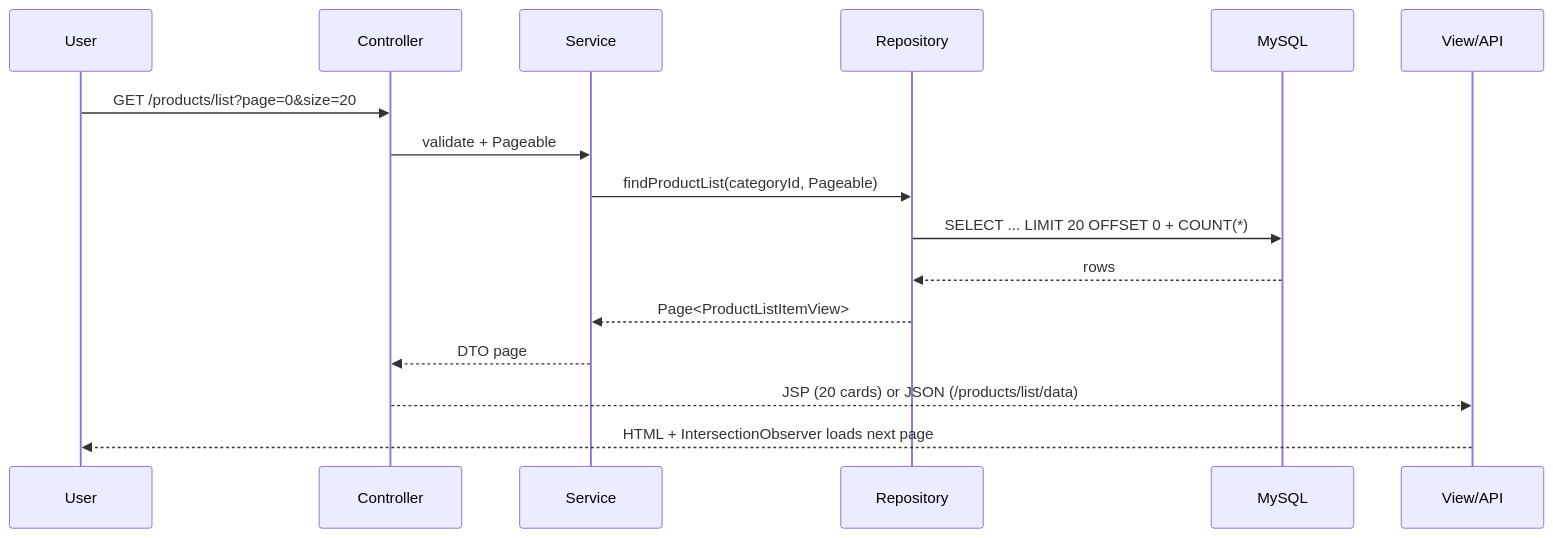
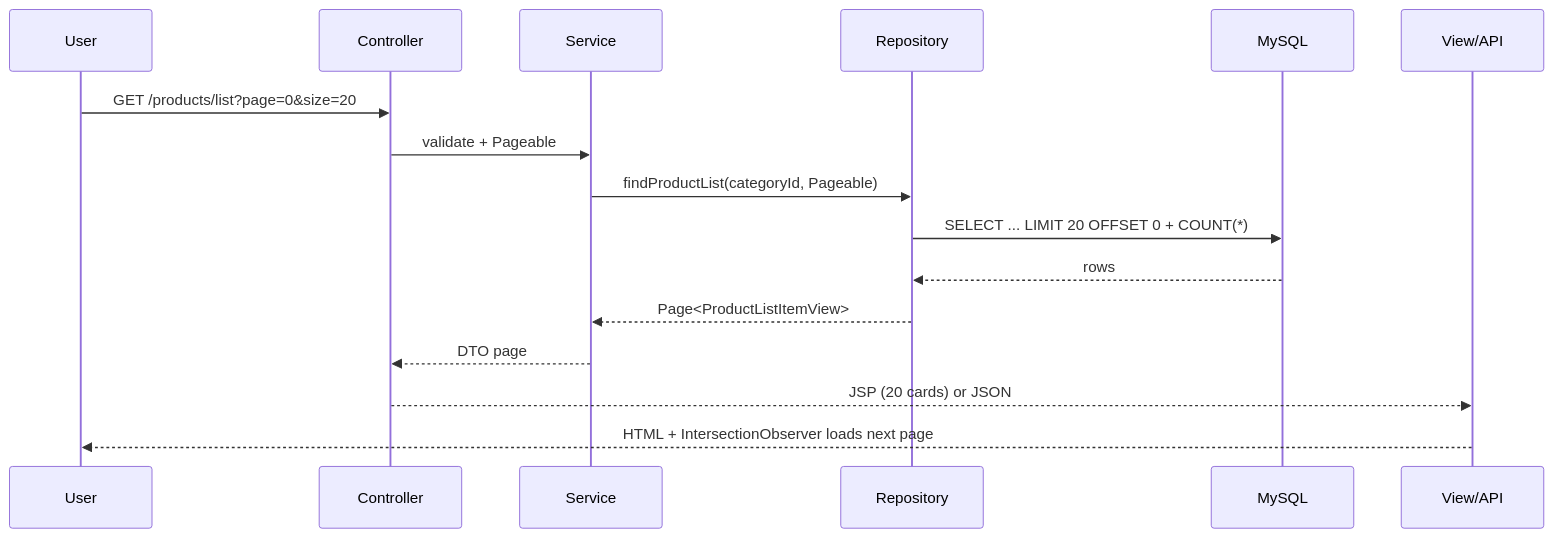
One commit to supaFrik/Nike-e-commerce-web-application changed the second of 3 diagrams in README.md. Above: the diagram before and after it, drawn with Mermaid. The commit also changed other lines of this file, not shown here.

````diff
--- a/README.md
+++ b/README.md
@@ -95,18 +89,18 @@
 ```mermaid
 sequenceDiagram
   participant U as User
   participant C as Controller
   participant S as Service
   participant R as Repository
   participant D as MySQL
   participant V as View/API
   U->>C: GET /products/list?page=0&size=20
   C->>S: validate + Pageable
   S->>R: findProductList(categoryId, Pageable)
   R->>D: SELECT ... LIMIT 20 OFFSET 0 + COUNT(*)
   D-->>R: rows
   R-->>S: Page<ProductListItemView>
   S-->>C: DTO page
-  C-->>V: JSP (20 cards) or JSON (/products/list/data)
+  C-->>V: JSP (20 cards) or JSON
   V-->>U: HTML + IntersectionObserver loads next page
 ```
````
